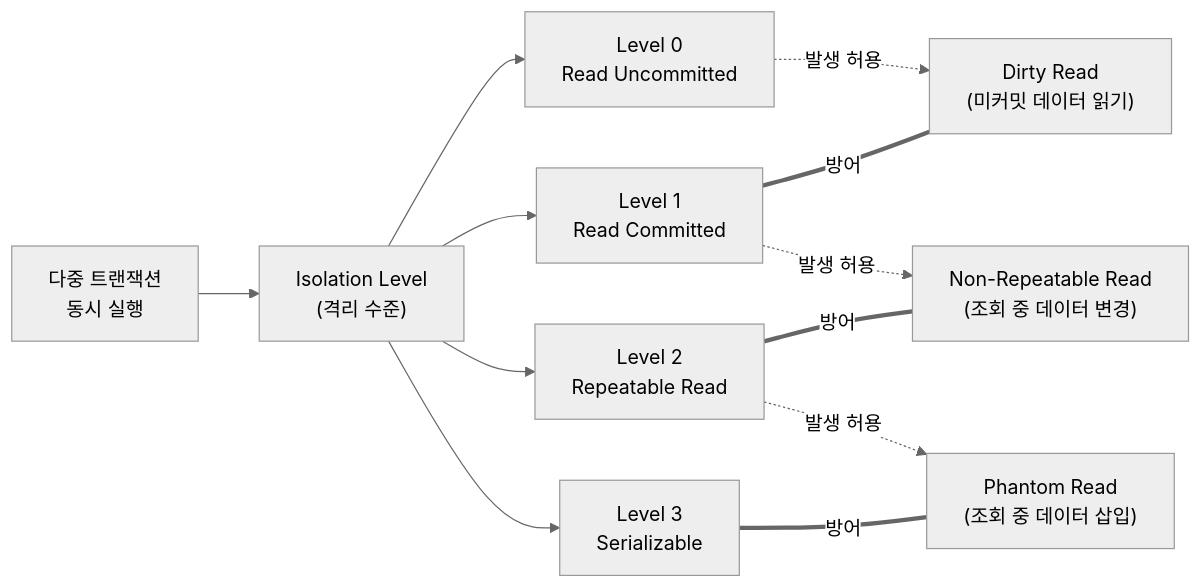
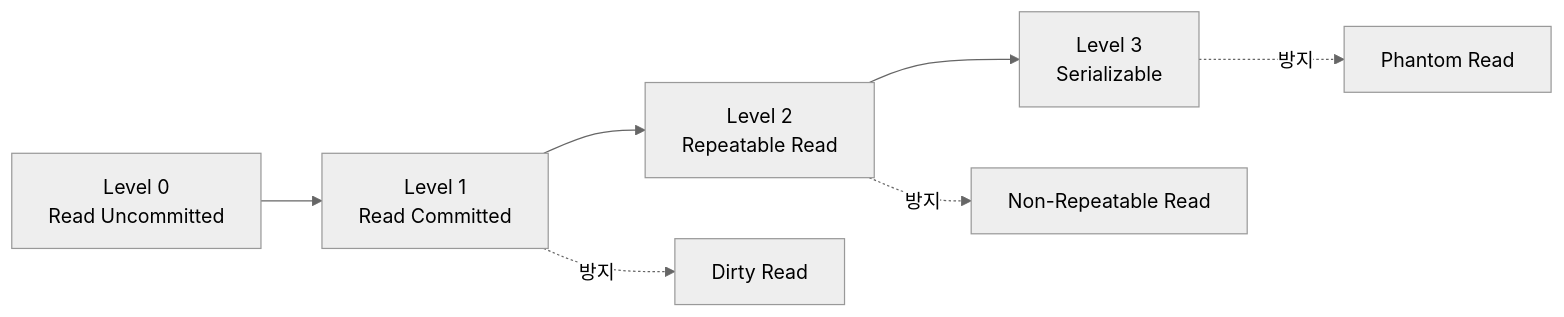
One commit to supremethumb/supremethumb.github.io changed the diagram in content/01_IT Tech/Isolation Level (격리 레벨고립성 수준).md. Above: the diagram before and after it, drawn with Mermaid (neutral theme). The commit also changed other lines of this file and 1087 other files, not shown here.

````diff
--- a/content/01_IT Tech/Isolation Level (격리 레벨고립성 수준).md
+++ b/content/01_IT Tech/Isolation Level (격리 레벨고립성 수준).md
@@ -25,18 +37,7 @@
 ```mermaid
 flowchart LR
-    TX["다중 트랜잭션<br/>동시 실행"] --> IS["Isolation Level<br/>(격리 수준)"]
-    
-    IS --> RU["Level 0<br/>Read Uncommitted"]
-    IS --> RC["Level 1<br/>Read Committed"]
-    IS --> RR["Level 2<br/>Repeatable Read"]
-    IS --> SR["Level 3<br/>Serializable"]
-
-    RU -.->|발생 허용| DR["Dirty Read<br/>(미커밋 데이터 읽기)"]
-    RC -.->|발생 허용| NRR["Non-Repeatable Read<br/>(조회 중 데이터 변경)"]
-    RR -.->|발생 허용| PR["Phantom Read<br/>(조회 중 데이터 삽입)"]
-    
-    RC ===|방어| DR
-    RR ===|방어| NRR
-    SR ===|방어| PR
-
+    RU["Level 0<br/>Read Uncommitted"] --> RC["Level 1<br/>Read Committed"] --> RR["Level 2<br/>Repeatable Read"] --> SR["Level 3<br/>Serializable"]
+    RC -. "방지" .-> DR["Dirty Read"]
+    RR -. "방지" .-> NRR["Non-Repeatable Read"]
+    SR -. "방지" .-> PR["Phantom Read"]
 ```
````
